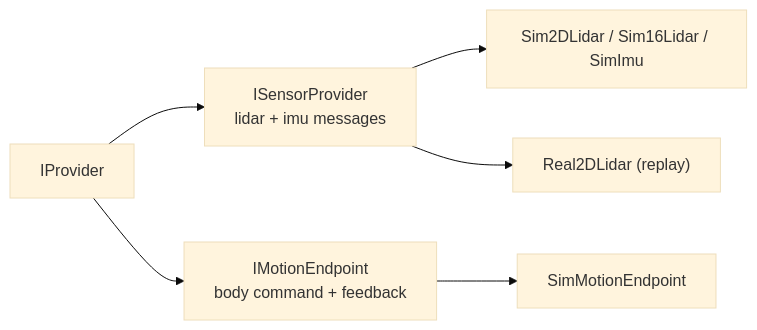
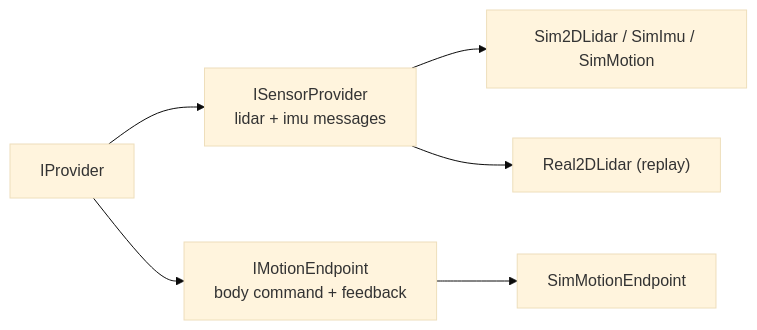
One commit to Robin-1978/lost-signal changed the second of 2 diagrams in docs/interfaces.md. Above: the diagram before and after it, drawn with Mermaid (base theme). The commit also changed other lines of this file and 13 other files, not shown here.

Commit message:
refactor: real lidar/imu providers via typed polls; drop fake lidar16 stub

````diff
--- a/docs/interfaces.md
+++ b/docs/interfaces.md
@@ -53,8 +53,8 @@
 ```mermaid
 flowchart LR
   IP["IProvider"] --> SP["ISensorProvider<T><br/>lidar + imu messages"]
   IP --> ME["IMotionEndpoint<br/>body command + feedback"]
-  SP --> S2D["Sim2DLidar / Sim16Lidar / SimImu"]
+  SP --> S2D["Sim2DLidar / SimImu / SimMotion"]
   SP --> R2D["Real2DLidar (replay)"]
   ME --> SM["SimMotionEndpoint"]
 ```
````
